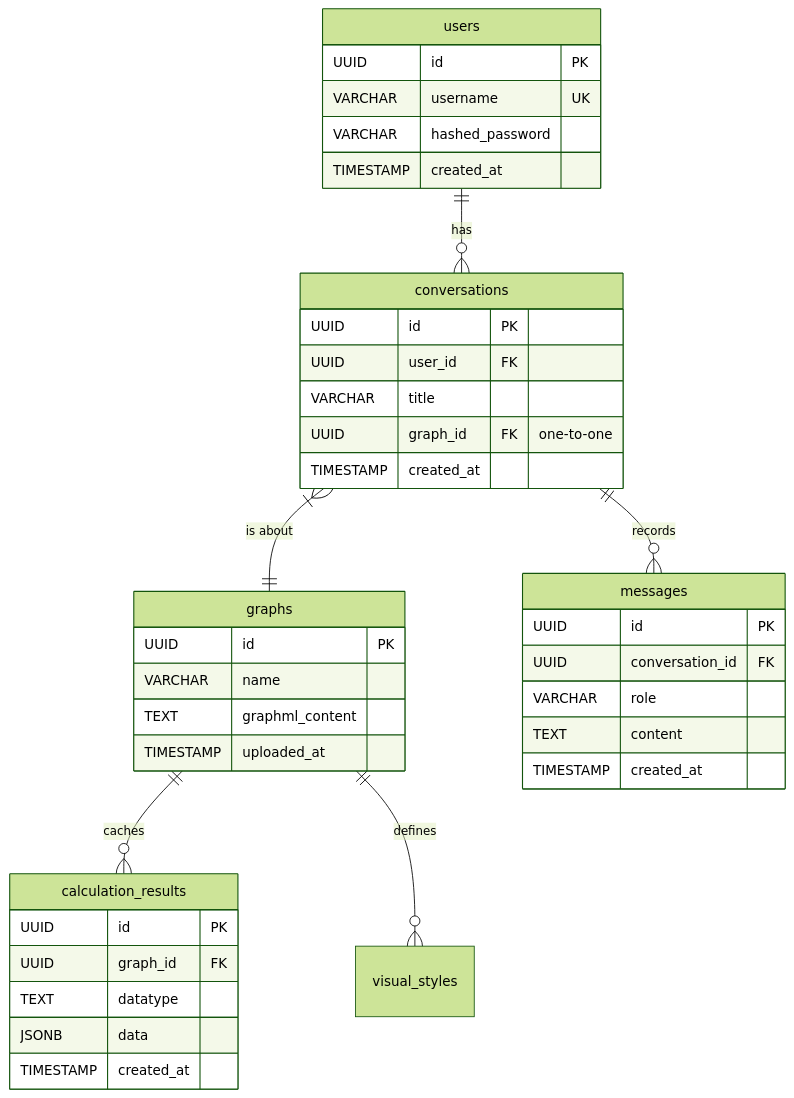
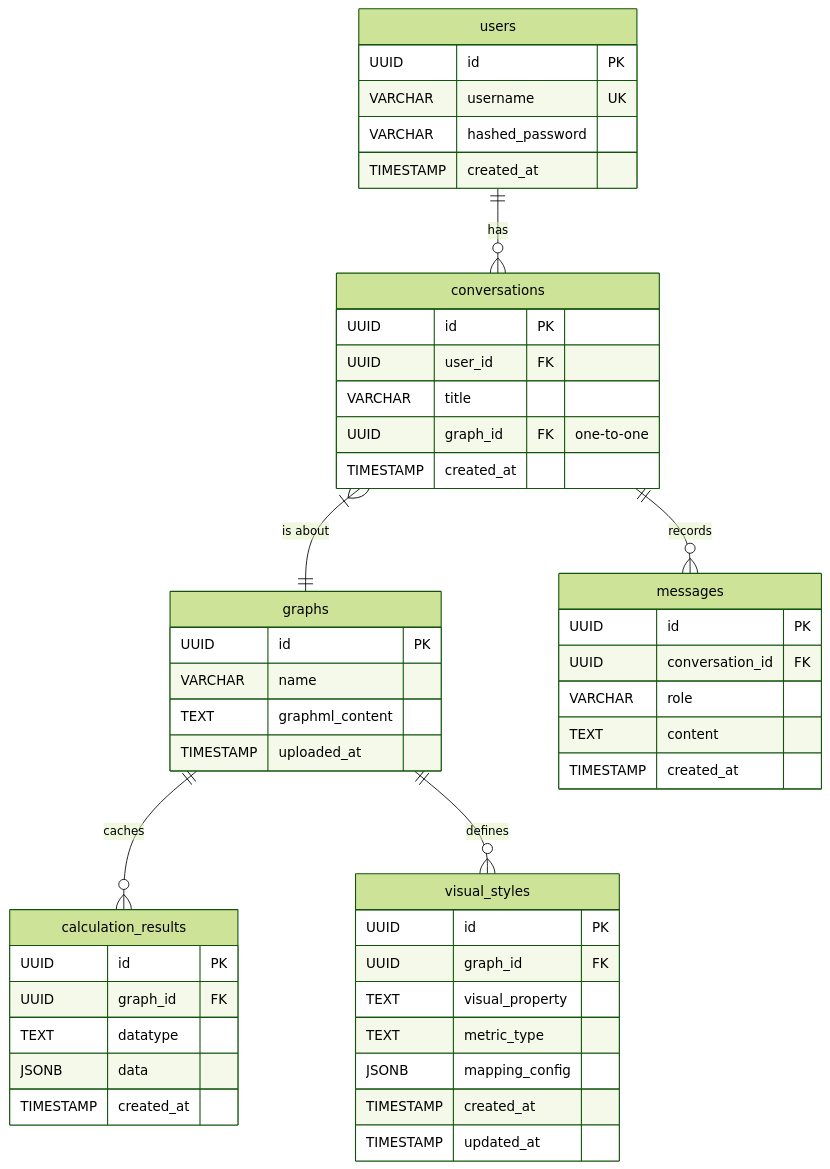
The diagram in specification/database-schema.md (vdslab/LLMGraphvis), drawn with Mermaid (forest theme) before and after one commit.

Commit message:
docs: Correctly embed visual_styles schema in ER diagram

````diff
--- a/specification/database-schema.md
+++ b/specification/database-schema.md
@@ -11,46 +11,56 @@
 ```mermaid
 erDiagram
     users ||--o{ conversations : "has"
     conversations }|--|| graphs : "is about"
     conversations ||--o{ messages : "records"
     graphs ||--o{ calculation_results : "caches"
     graphs ||--o{ visual_styles : "defines"
 
     users {
         UUID id PK
         VARCHAR username UK
         VARCHAR hashed_password
         TIMESTAMP created_at
     }
 
     conversations {
         UUID id PK
         UUID user_id FK
         VARCHAR title
         UUID graph_id FK "one-to-one"
         TIMESTAMP created_at
     }
 
     graphs {
         UUID id PK
         VARCHAR name
         TEXT graphml_content
         TIMESTAMP uploaded_at
     }
 
     messages {
         UUID id PK
         UUID conversation_id FK
         VARCHAR role
         TEXT content
         TIMESTAMP created_at
     }
 
     calculation_results {
         UUID id PK
         UUID graph_id FK
         TEXT datatype
         JSONB data
         TIMESTAMP created_at
     }
+
+    visual_styles {
+        UUID id PK
+        UUID graph_id FK
+        TEXT visual_property
+        TEXT metric_type
+        JSONB mapping_config
+        TIMESTAMP created_at
+        TIMESTAMP updated_at
+    }
 ```
````
